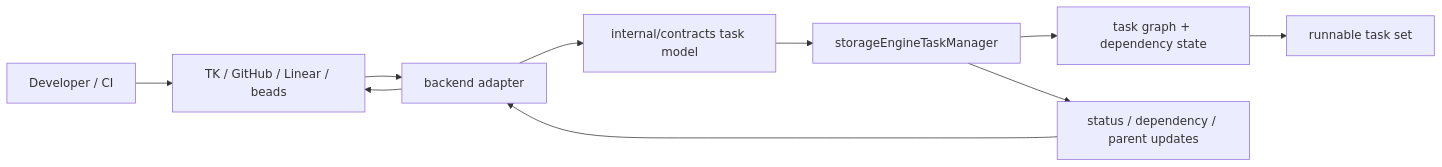
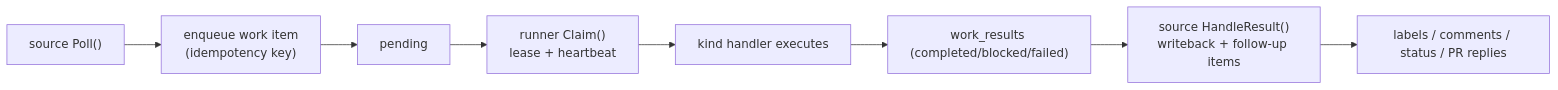
The second of 6 diagrams in docs/architecture.md (egv/yolo-runner), drawn with Mermaid before and after one commit. The commit also changed other lines of this file and 9 other files, not shown here.

First line of the commit message:
Bring documentation up to date with the queue-split architecture

````diff
--- a/docs/architecture.md
+++ b/docs/architecture.md
@@ -138,11 +85,10 @@
 ```mermaid
 flowchart LR
-  User["Developer / CI"] --> Tracker["TK / GitHub / Linear / beads"]
-  Tracker --> Adapter["backend adapter"]
-  Adapter --> Contracts["internal/contracts task model"]
-  Contracts --> StorageMgr["storageEngineTaskManager"]
-  StorageMgr --> Graph["task graph + dependency state"]
-  Graph --> Ready["runnable task set"]
-  StorageMgr --> Updates["status / dependency / parent updates"]
-  Updates --> Adapter --> Tracker
+  Discover["source Poll()"] --> Submit["enqueue work item<br/>(idempotency key)"]
+  Submit --> Pending["pending"]
+  Pending --> Claim["runner Claim()<br/>lease + heartbeat"]
+  Claim --> Run["kind handler executes"]
+  Run --> Result["work_results (completed/blocked/failed)"]
+  Result --> Consume["source HandleResult()<br/>writeback + follow-up items"]
+  Consume --> Tracker["labels / comments / status / PR replies"]
 ```
````
